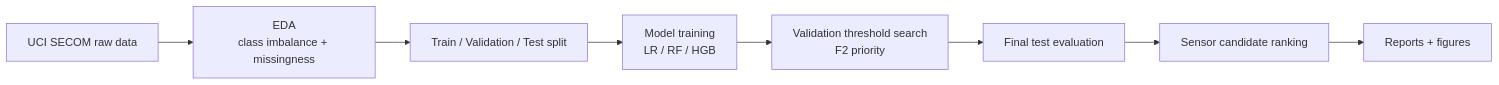
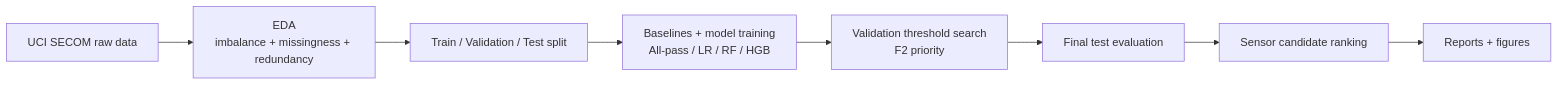
The diagram in README.md (JuHyeon-Nam/semiconductor-process-fault-detection), drawn with Mermaid before and after one commit. The commit also changed other lines of this file and 14 other files, not shown here.

````diff
--- a/README.md
+++ b/README.md
@@ -96,10 +112,10 @@
 ```mermaid
 flowchart LR
-    A["UCI SECOM raw data"] --> B["EDA<br/>class imbalance + missingness"]
+    A["UCI SECOM raw data"] --> B["EDA<br/>imbalance + missingness + redundancy"]
     B --> C["Train / Validation / Test split"]
-    C --> D["Model training<br/>LR / RF / HGB"]
+    C --> D["Baselines + model training<br/>All-pass / LR / RF / HGB"]
     D --> E["Validation threshold search<br/>F2 priority"]
     E --> F["Final test evaluation"]
     F --> G["Sensor candidate ranking"]
     G --> H["Reports + figures"]
 ```
````
